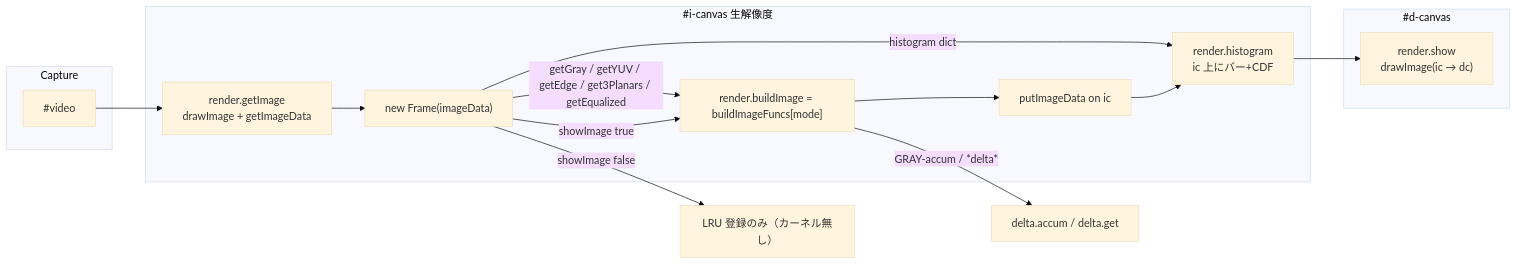
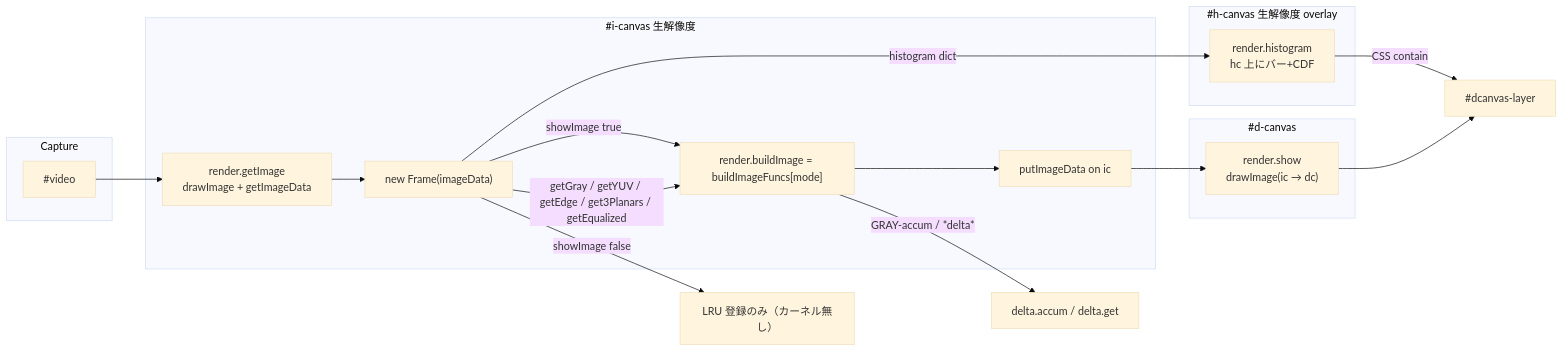
Before and after one commit to mfujimoto-code/JSCam: the second of 4 diagrams in jscam/cam2-design.md, drawn with Mermaid (base theme). The commit also changed other lines of this file, not shown here.

````diff
--- a/jscam/cam2-design.md
+++ b/jscam/cam2-design.md
@@ -211,26 +221,31 @@
 ```mermaid
 flowchart LR
   subgraph Capture
     V["#video"]
   end
 
   subgraph Internal["#i-canvas 生解像度"]
     GI["render.getImage<br/>drawImage + getImageData"]
     FR["new Frame(imageData)"]
     BI["render.buildImage = buildImageFuncs[mode]"]
     PI["putImageData on ic"]
-    HG["render.histogram<br/>ic 上にバー+CDF"]
+  end
+
+  subgraph Overlay["#h-canvas 生解像度 overlay"]
+    HG["render.histogram<br/>hc 上にバー+CDF"]
   end
 
   subgraph Display["#d-canvas"]
     SH["render.show<br/>drawImage(ic → dc)"]
   end
 
   V --> GI --> FR
   FR -->|showImage true| BI
-  BI --> PI --> HG --> SH
+  BI --> PI --> SH
   FR -->|getGray / getYUV / getEdge / get3Planars / getEqualized| BI
   FR -->|histogram dict| HG
   BI -->|GRAY-accum / *delta*| DeltaObj["delta.accum / delta.get"]
   FR -->|showImage false| LRU["LRU 登録のみ（カーネル無し）"]
+  HG -->|CSS contain| Layer["#dcanvas-layer"]
+  SH --> Layer
 ```
````
